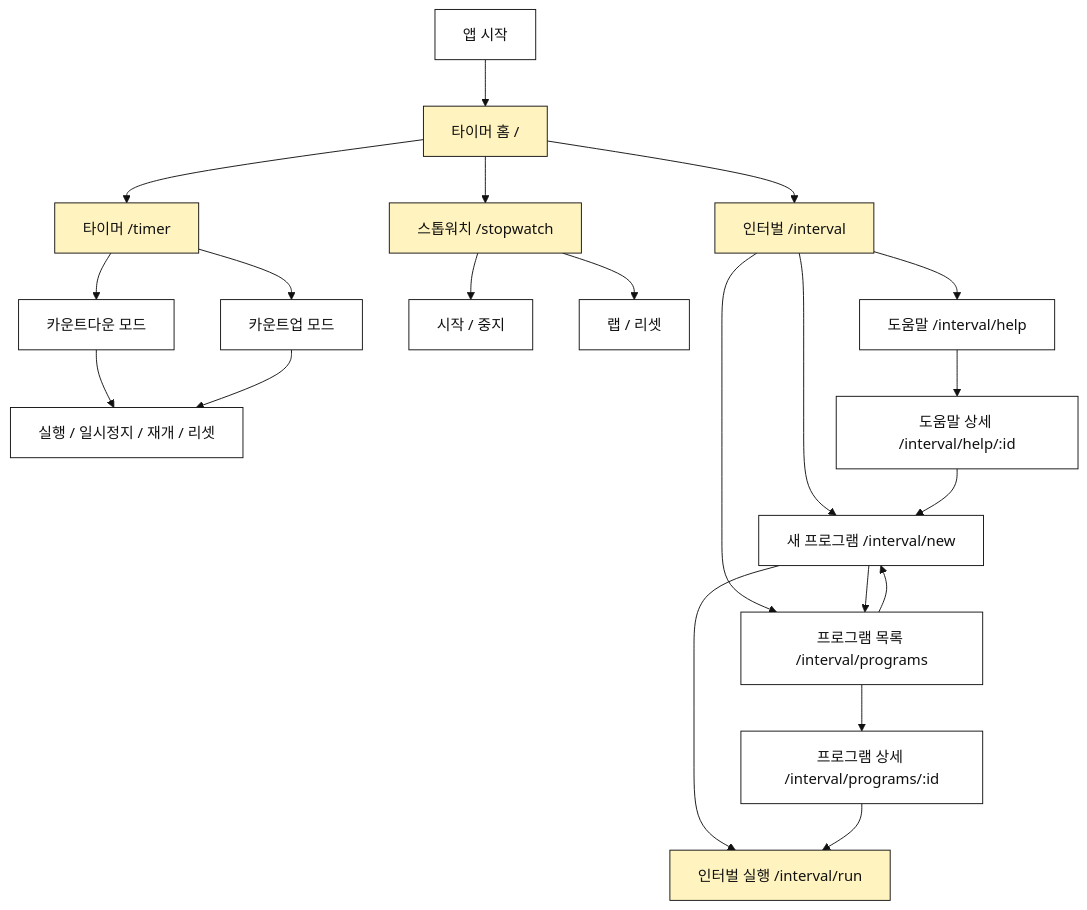
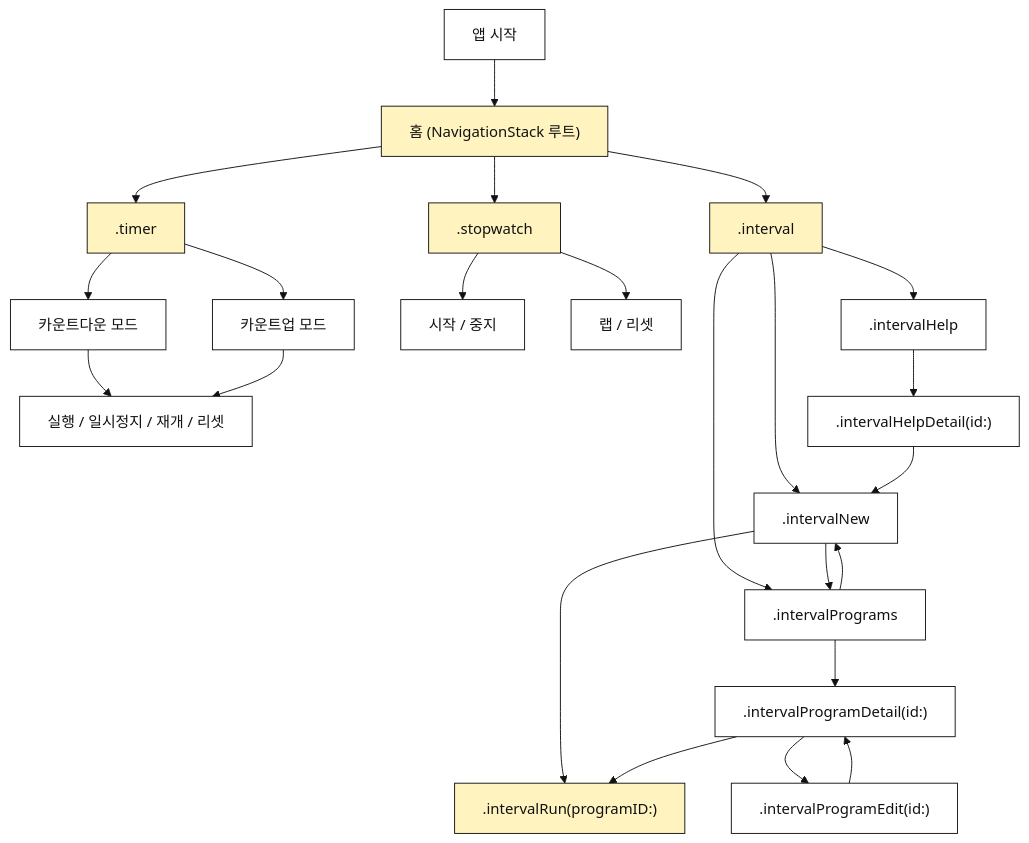
The diagram in docs/navigation-structure.md (KalGookSoo/tempo), drawn with Mermaid before and after one commit. The commit also changed other lines of this file, not shown here.

````diff
--- a/docs/navigation-structure.md
+++ b/docs/navigation-structure.md
@@ -26,34 +45,36 @@
 ```mermaid
 %%{init: {"theme": "base", "themeVariables": {"background": "transparent", "primaryColor": "#FFFFFF", "primaryTextColor": "#111111", "primaryBorderColor": "#111111", "lineColor": "#111111", "tertiaryColor": "#F7F7F2"}}}%%
 flowchart TD
-    A["앱 시작"] --> B["타이머 홈 /"]
-    B --> T["타이머 /timer"]
-    B --> S["스톱워치 /stopwatch"]
-    B --> I["인터벌 /interval"]
+    A["앱 시작"] --> B["홈 (NavigationStack 루트)"]
+    B --> T[".timer"]
+    B --> S[".stopwatch"]
+    B --> I[".interval"]
 
     T --> T1["카운트다운 모드"]
     T --> T2["카운트업 모드"]
     T1 --> T3["실행 / 일시정지 / 재개 / 리셋"]
     T2 --> T3
 
     S --> S1["시작 / 중지"]
     S --> S2["랩 / 리셋"]
 
-    I --> N["새 프로그램 /interval/new"]
-    I --> P["프로그램 목록 /interval/programs"]
-    I --> H["도움말 /interval/help"]
-    H --> H1["도움말 상세 /interval/help/:id"]
+    I --> N[".intervalNew"]
+    I --> P[".intervalPrograms"]
+    I --> H[".intervalHelp"]
+    H --> H1[".intervalHelpDetail(id:)"]
 
-    N --> R["인터벌 실행 /interval/run"]
+    N --> R[".intervalRun(programID:)"]
     N --> P
-    P --> P2["프로그램 상세 /interval/programs/:id"]
+    P --> P2[".intervalProgramDetail(id:)"]
     P --> N
     P2 --> R
+    P2 --> E[".intervalProgramEdit(id:)"]
+    E --> P2
     H1 --> N
 
     classDef primary fill:#FFF4BF,stroke:#111111,color:#111111;
     classDef screen fill:#FFFFFF,stroke:#111111,color:#111111;
     classDef done fill:#DDF8E8,stroke:#111111,color:#111111;
     class B,T,S,I,R primary;
-    class T1,T2,T3,S1,S2,N,P,H,H1,P2 screen;
+    class T1,T2,T3,S1,S2,N,P,H,H1,P2,E screen;
 ```
````
